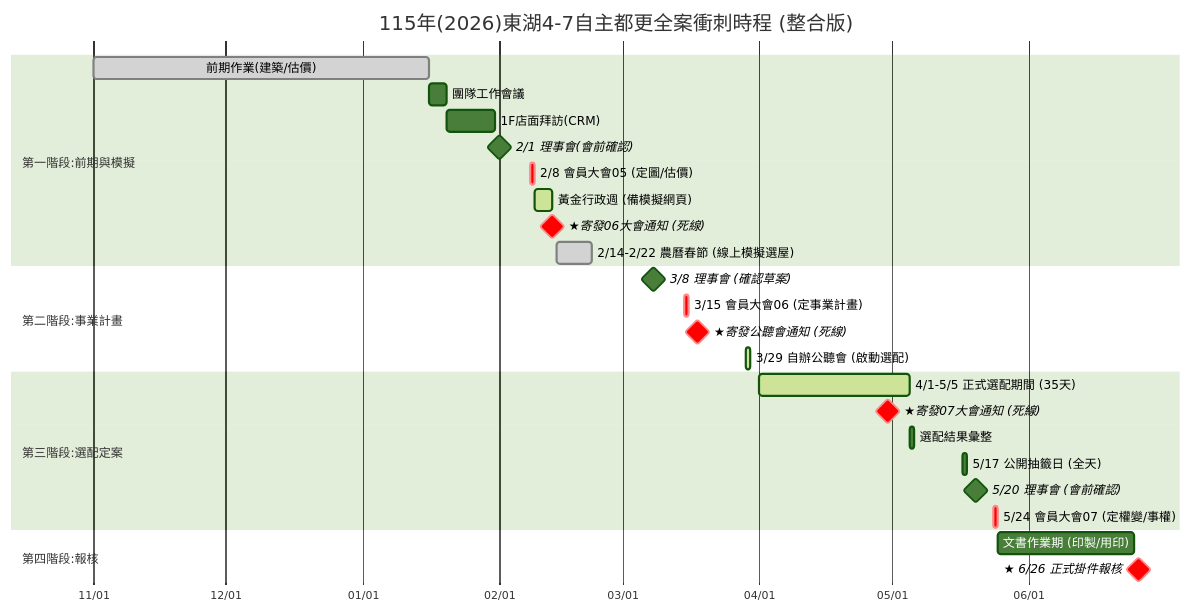
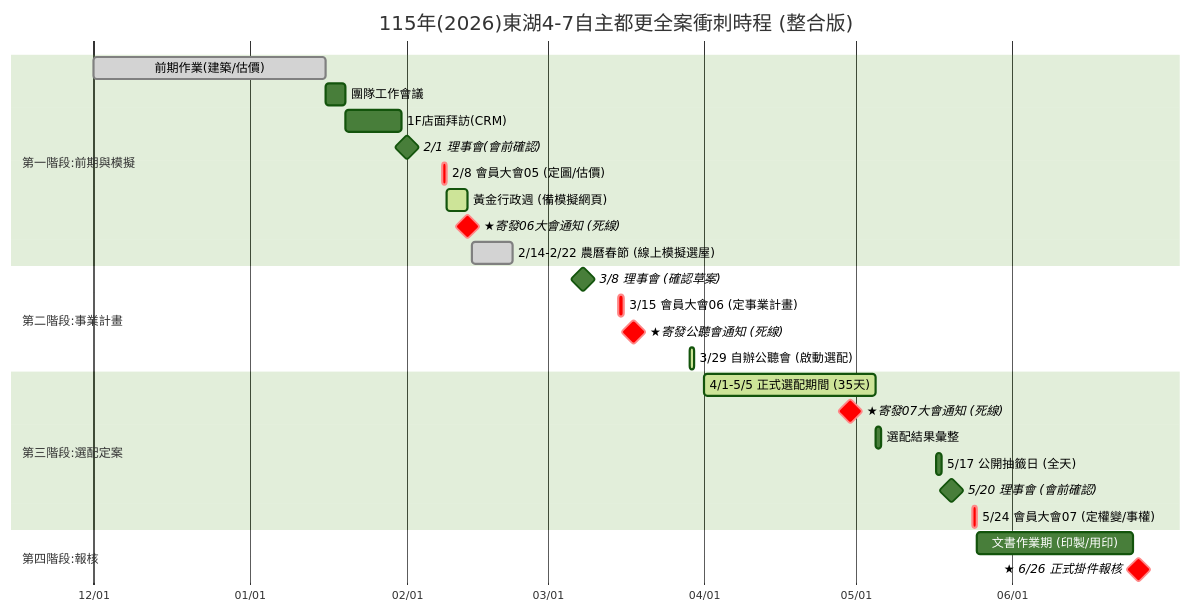
The diagram in gantt.md (xa0627-sys/urbanrenewal_PCM), drawn with Mermaid (forest theme) before and after one commit.

Commit message:
Update start date for 前期作業 task

````diff
--- a/gantt.md
+++ b/gantt.md
@@ -3,35 +3,35 @@
 ```mermaid
 gantt
     title 115年(2026)東湖4-7自主都更全案衝刺時程 (整合版)
     dateFormat  YYYY-MM-DD
     axisFormat  %m/%d
     todayMarker off
 
     section 第一階段:前期與模擬
-    前期作業(建築/估價)       :done, a0, 2025-11-01, 2026-01-16
+    前期作業(建築/估價)       :done, a0, 2025-12-01, 2026-01-16
     團隊工作會議             :a1, 2026-01-16, 2026-01-20
     1F店面拜訪(CRM)          :a2, 2026-01-20, 2026-01-31
     2/1 理事會(會前確認)         :milestone, 2026-02-01, 0d
     2/8 會員大會05 (定圖/估價)    :crit, m1, 2026-02-08, 1d
     黃金行政週 (備模擬網頁)   :active, a3, 2026-02-09, 4d
     ★寄發06大會通知 (死線)    :crit, milestone, 2026-02-13, 0d
     2/14-2/22 農曆春節 (線上模擬選屋)   :done, a4, 2026-02-14, 2026-02-22
 
     section 第二階段:事業計畫
     3/8 理事會 (確認草案)        :milestone, 2026-03-08, 0d
     3/15 會員大會06 (定事業計畫)   :crit, m2, 2026-03-15, 1d
     ★寄發公聽會通知 (死線)    :crit, milestone, 2026-03-18, 0d
     3/29 自辦公聽會 (啟動選配)     :active, m3, 2026-03-29, 1d
 
     section 第三階段:選配定案
     4/1-5/5 正式選配期間 (35天)      :active, s1, 2026-04-01, 2026-05-05
     ★寄發07大會通知 (死線)    :crit, milestone, 2026-04-30, 0d
     選配結果彙整             :2026-05-05, 1d
     5/17 公開抽籤日 (全天)        :m4, 2026-05-17, 1d
     5/20 理事會 (會前確認)        :milestone, 2026-05-20, 0d
     5/24 會員大會07 (定權變/事權)  :crit, m5, 2026-05-24, 1d
 
     section 第四階段:報核
     文書作業期 (印製/用印)    :w1, 2026-05-25, 2026-06-25
     ★ 6/26 正式掛件報核            :crit, milestone, 2026-06-26, 0d
 ```
````
